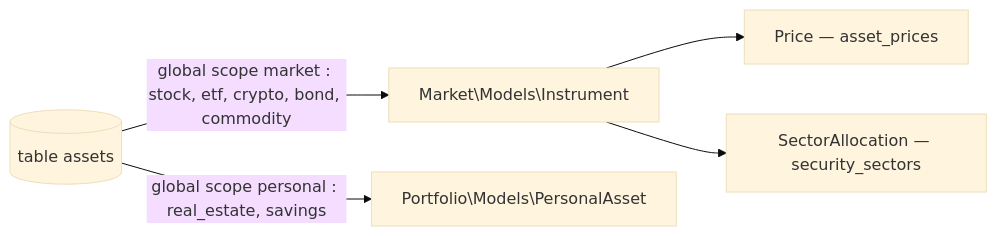
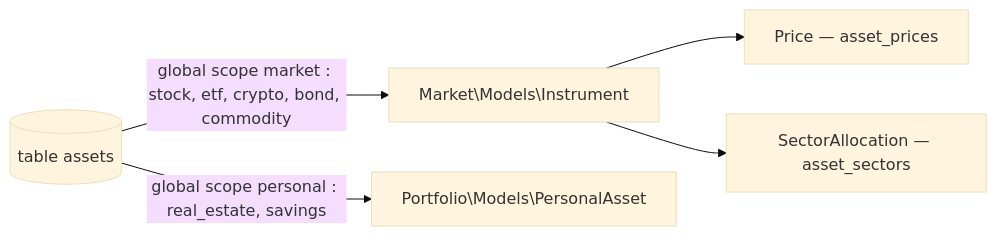
Before and after one commit to yanntyb/portefeuille: the second of 3 diagrams in docs/data-model.md, drawn with Mermaid (base theme). The commit also changed other lines of this file and 7 other files, not shown here.

````diff
--- a/docs/data-model.md
+++ b/docs/data-model.md
@@ -115,8 +115,8 @@
 ```mermaid
 flowchart LR
     A[("table assets")]
     A -->|"global scope market : stock, etf, crypto, bond, commodity"| I["Market\Models\Instrument"]
     A -->|"global scope personal : real_estate, savings"| P["Portfolio\Models\PersonalAsset"]
     I --> PR["Price — asset_prices"]
-    I --> SA["SectorAllocation — security_sectors"]
+    I --> SA["SectorAllocation — asset_sectors"]
 ```
````
